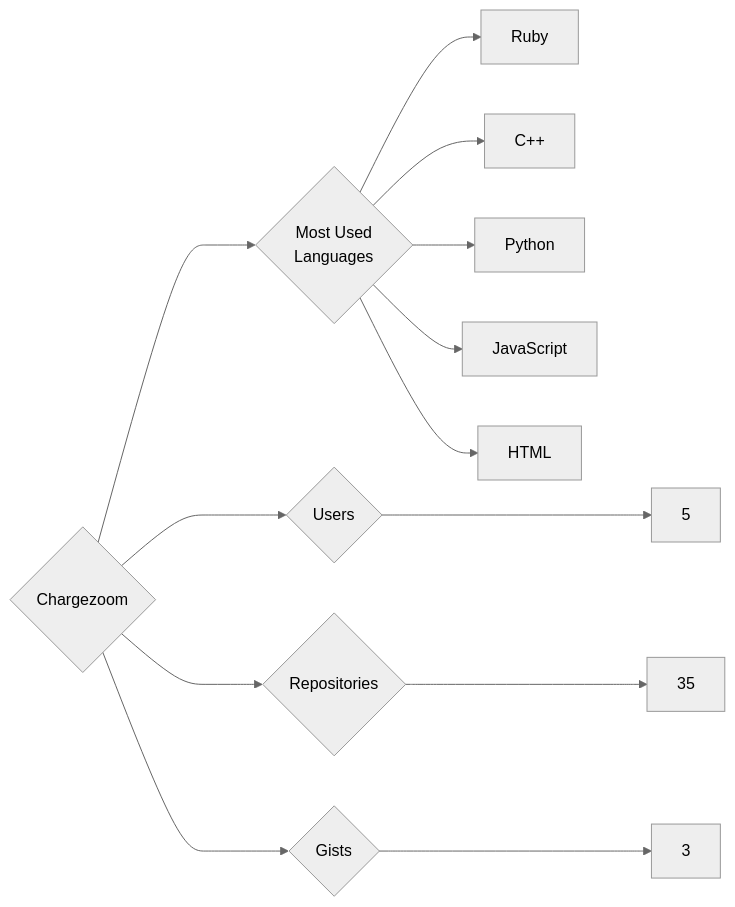
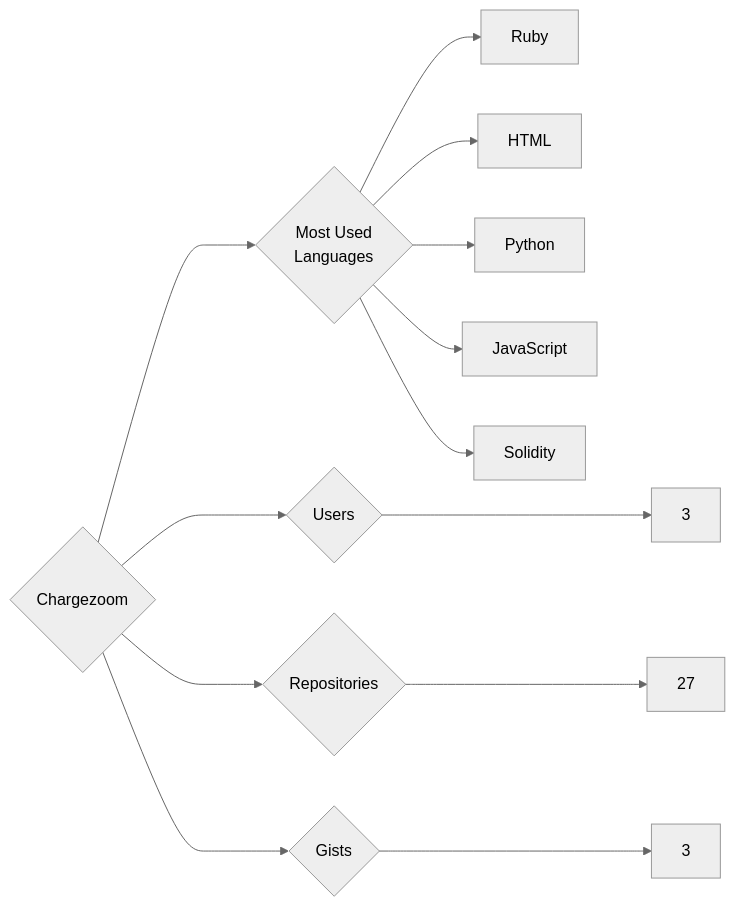
Before and after one commit to trickest/insiders: the diagram in targets/Chargezoom/README.md, drawn with Mermaid (neutral theme). The commit also changed 1166 other files, not shown here.

````diff
--- a/targets/Chargezoom/README.md
+++ b/targets/Chargezoom/README.md
@@ -3,13 +3,13 @@
 ```mermaid
 graph LR
 COMPANY_NAME{Chargezoom}
-COMPANY_NAME ---> U{Users} ---> UN[5]
-COMPANY_NAME ---> R{Repositories} ---> RN[35]
+COMPANY_NAME ---> U{Users} ---> UN[3]
+COMPANY_NAME ---> R{Repositories} ---> RN[27]
 COMPANY_NAME ---> G{Gists} ---> GN[3]
 COMPANY_NAME ---> ML{Most Used<br>Languages}
 ML --> Ruby[Ruby]
-ML --> C++[C++]
+ML --> HTML[HTML]
 ML --> Python[Python]
 ML --> JavaScript[JavaScript]
-ML --> HTML[HTML]
+ML --> Solidity[Solidity]
 ```
````
